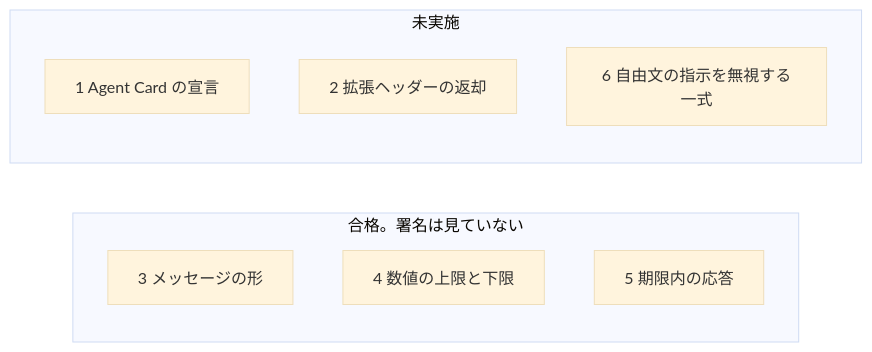
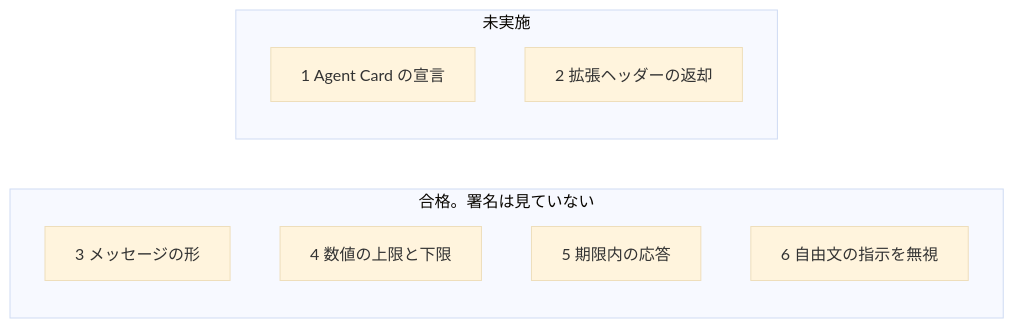
Before and after one commit to ranma-s/a2aix: the second of 2 diagrams in docs/local-trial.md, drawn with Mermaid (base theme). The commit also changed other lines of this file and 38 other files, not shown here.

````diff
--- a/docs/local-trial.md
+++ b/docs/local-trial.md
@@ -36,13 +36,13 @@
 ```mermaid
 flowchart LR
   subgraph pass["合格。署名は見ていない"]
     item3["3 メッセージの形"]
     item4["4 数値の上限と下限"]
     item5["5 期限内の応答"]
+    item6["6 自由文の指示を無視"]
   end
   subgraph pending["未実施"]
     item1["1 Agent Card の宣言"]
     item2["2 拡張ヘッダーの返却"]
-    item6["6 自由文の指示を無視する一式"]
   end
 ```
````
